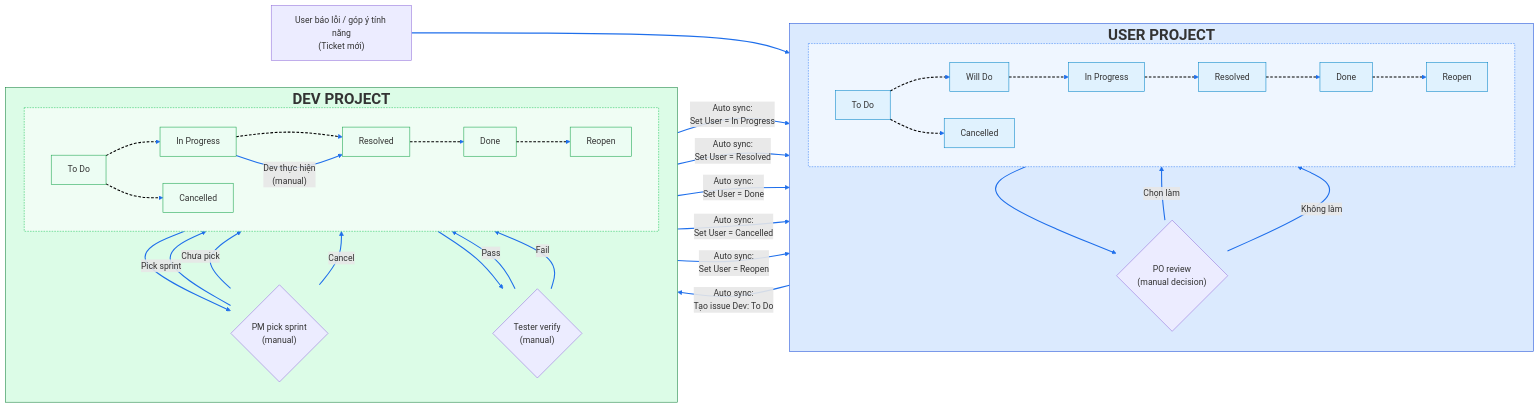
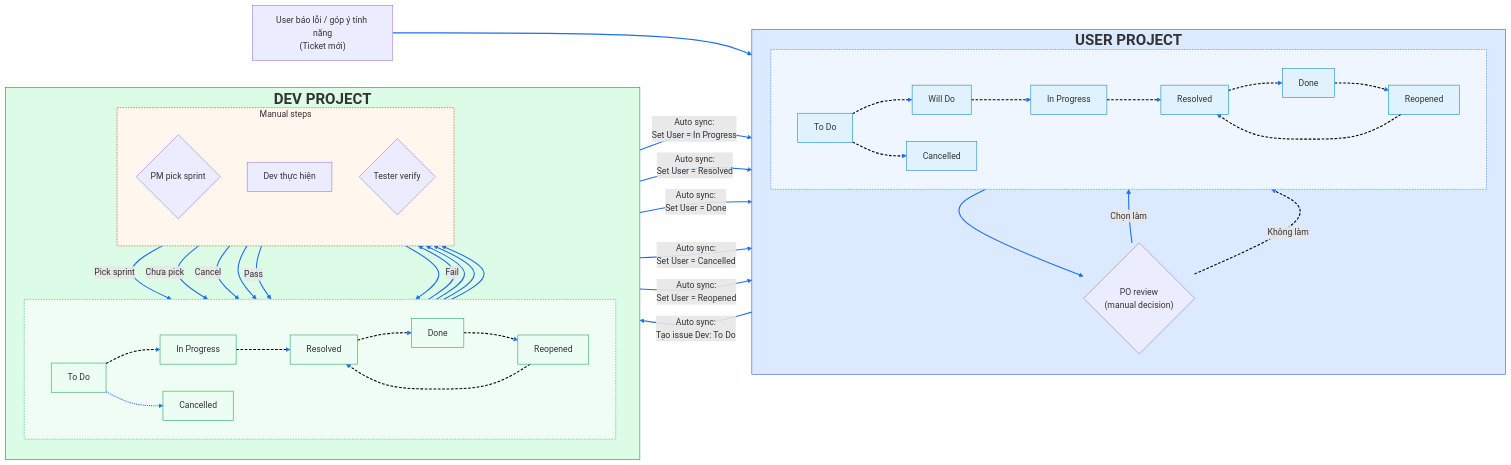
One commit to kiendd/Jira-sync changed the diagram in Workflow.md. Above: the diagram before and after it, drawn with Mermaid. The commit also changed other lines of this file, not shown here.

Commit message:
Tidy workflow doc and group manual steps

````diff
--- a/Workflow.md
+++ b/Workflow.md
@@ -14,12 +14,12 @@
             U_INPROG["In Progress"]
             U_RESOLVED["Resolved"]
             U_DONE["Done"]
-            U_REOPEN["Reopen"]
+            U_REOPEN["Reopened"]
             U_CANCEL["Cancelled"]
         end
         %% Thứ tự chính (mũi tên đứt)
         U_TODO -.-> U_WILLDO -.-> U_INPROG -.-> U_RESOLVED -.-> U_DONE
-        U_DONE -.-> U_REOPEN
+        U_DONE -.-> U_REOPEN -.-> U_RESOLVED
         U_TODO -.-> U_CANCEL
 
         %% Quyết định thủ công của PO (dùng hình thoi)
@@ -37,29 +37,32 @@
             D_INPROG["In Progress"]
             D_RESOLVED["Resolved"]
             D_DONE["Done"]
-            D_REOPEN["Reopen"]
+            D_REOPEN["Reopened"]
             D_CANCEL["Cancelled"]
         end
         %% Thứ tự chính (mũi tên đứt)
         D_TODO -.-> D_INPROG -.-> D_RESOLVED -.-> D_DONE
-        D_DONE -.-> D_REOPEN
+        D_DONE -.-> D_REOPEN -.-> D_RESOLVED
         D_TODO -.-> D_CANCEL
 
-        %% PM chọn task cho sprint (manual decision)
-        PM_PICK{"PM pick sprint<br/>(manual)"}
+        %% Nhóm các bước manual trong Dev
+        subgraph Dev_Manual["Manual steps"]
+            direction TB
+            PM_PICK{"PM pick sprint"}
+            DEV_WORK["Dev thực hiện"]
+            TEST_VERIFY{"Tester verify"}
+        end
+
         D_TODO --> PM_PICK
         PM_PICK -->|Pick sprint| D_INPROG
         PM_PICK -->|Chưa pick| D_TODO
         PM_PICK -->|Cancel| D_CANCEL
 
-        %% Dev thực hiện và hoàn thành (manual)
-        D_INPROG -- "Dev thực hiện\n(manual)" --> D_RESOLVED
-
-        %% Tester verify (manual, decision)
-        TEST_VERIFY{"Tester verify<br/>(manual)"}
+        D_INPROG --> DEV_WORK --> D_RESOLVED
         D_RESOLVED --> TEST_VERIFY
         TEST_VERIFY -->|Pass| D_DONE
         TEST_VERIFY -->|Fail| D_REOPEN
+        D_REOPEN --> DEV_WORK
     end
 
     %% Auto Sync (service) nối thẳng giữa hai project
@@ -68,7 +71,7 @@
     D_RESOLVED -- "Auto sync:<br/>Set User = Resolved" --> U_RESOLVED
     D_DONE -- "Auto sync:<br/>Set User = Done" --> U_DONE
     D_CANCEL -- "Auto sync:<br/>Set User = Cancelled" --> U_CANCEL
-    D_REOPEN -- "Auto sync:<br/>Set User = Reopen" --> U_REOPEN
+    D_REOPEN -- "Auto sync:<br/>Set User = Reopened" --> U_REOPEN
 
     %% Màu nền để phân biệt hai project (palette mới)
     classDef userNode fill:#e0f2fe,stroke:#0284c7,stroke-width:1;
@@ -77,15 +80,17 @@
     classDef devGroup fill:#dcfce7,stroke:#15803d,stroke-width:1,font-size:28px,font-weight:bold;
     classDef userStatusGroup fill:#eff6ff,stroke:#3b82f6,stroke-width:1,stroke-dasharray:3 2;
     classDef devStatusGroup fill:#f0fdf4,stroke:#22c55e,stroke-width:1,stroke-dasharray:3 2;
+    classDef devManualGroup fill:#fff7ed,stroke:#c2410c,stroke-width:1,stroke-dasharray:3 2;
     class U_TODO,U_WILLDO,U_INPROG,U_RESOLVED,U_DONE,U_REOPEN,U_CANCEL userNode;
     class D_TODO,D_INPROG,D_RESOLVED,D_DONE,D_REOPEN,D_CANCEL devNode;
     class User_Project userGroup;
     class Dev_Project devGroup;
     class User_Statuses userStatusGroup;
     class Dev_Statuses devStatusGroup;
+    class Dev_Manual devManualGroup;
 
     %% Style: mũi tên đậm và màu xanh, riêng mũi tên đứt màu đen
     linkStyle default stroke:#1f6feb,stroke-width:2;
-    linkStyle 1,2,3,4,5,6 stroke:#000,stroke-width:2,stroke-dasharray:5 3;
-    linkStyle 10,11,12,13,14 stroke:#000,stroke-width:2,stroke-dasharray:5 3;
+    linkStyle 1,2,3,4,5,6,7 stroke:#000,stroke-width:2,stroke-dasharray:5 3;
+    linkStyle 10,11,12,13,14,15 stroke:#000,stroke-width:2,stroke-dasharray:5 3;
 ```
````
